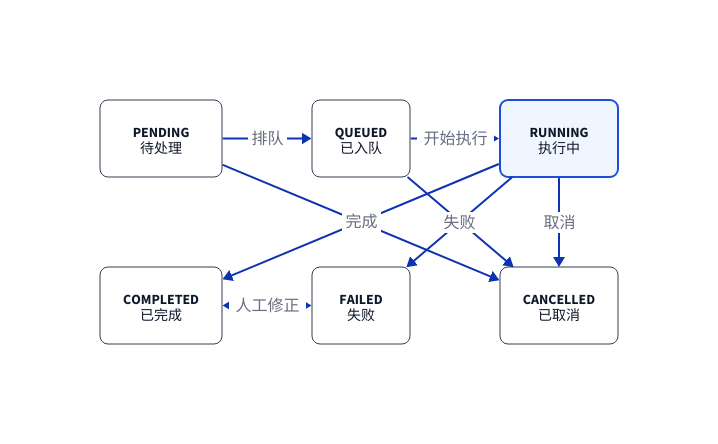
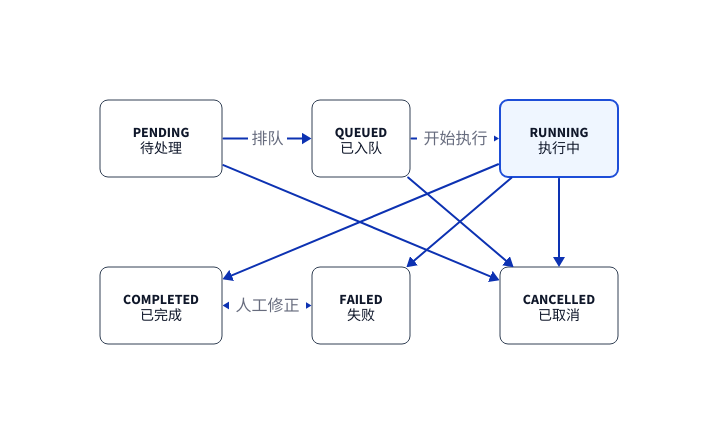
The diagram in frontend/src/guide/assets/diagrams/zh-CN/task-lifecycle.d2 (EeeMt/codify), drawn with D2 before and after one commit. The commit also changed 72 other files, not shown here.

```diff
--- a/frontend/src/guide/assets/diagrams/zh-CN/task-lifecycle.d2
+++ b/frontend/src/guide/assets/diagrams/zh-CN/task-lifecycle.d2
@@ -1,62 +1,63 @@
 # 章节：40-run-and-steer（运行与引导）· 任务生命周期
 # 读者要理解：任务在六个状态之间的移动路径——什么时候排队、什么时候开始执行、
 # 哪些状态可以取消，以及终态可以人工修正。
+# 渲染：python3 scripts/guide/render-diagrams.py（在仓库根目录执行）
 
 vars: {
   d2-config: {
     layout-engine: elk
   }
 }
 
 direction: right
 
 classes: {
   node: {
     style.fill: "#FFFFFF"
     style.stroke: "#334155"
     style.stroke-width: 1
     style.font-color: "#0F172A"
     style.font-size: 14
     style.border-radius: 8
   }
   accent: {
     style.fill: "#EFF6FF"
     style.stroke: "#1D4ED8"
     style.font-color: "#0F172A"
     style.font-size: 14
     style.border-radius: 8
   }
   external: {
     style.fill: "#F8FAFC"
     style.stroke: "#94A3B8"
     style.stroke-dash: 4
     style.font-color: "#0F172A"
     style.font-size: 14
     style.border-radius: 8
   }
 }
 
 states: {
   label: ""
   grid-rows: 2
   grid-columns: 3
   grid-gap: 90
   style.fill: transparent
   style.stroke-width: 0
 
   pending: "PENDING\n待处理" { class: node }
   queued: "QUEUED\n已入队" { class: node }
   running: "RUNNING\n执行中" { class: accent }
   completed: "COMPLETED\n已完成" { class: node }
   failed: "FAILED\n失败" { class: node }
   cancelled: "CANCELLED\n已取消" { class: node }
 
   pending -> queued: "排队"
   queued -> running: "开始执行"
-  running -> completed: "完成"
-  running -> failed: "失败"
-  running -> cancelled: "取消"
+  running -> completed
+  running -> failed
+  running -> cancelled
   pending -> cancelled
   queued -> cancelled
   completed <-> failed: "人工修正"
 }
```
